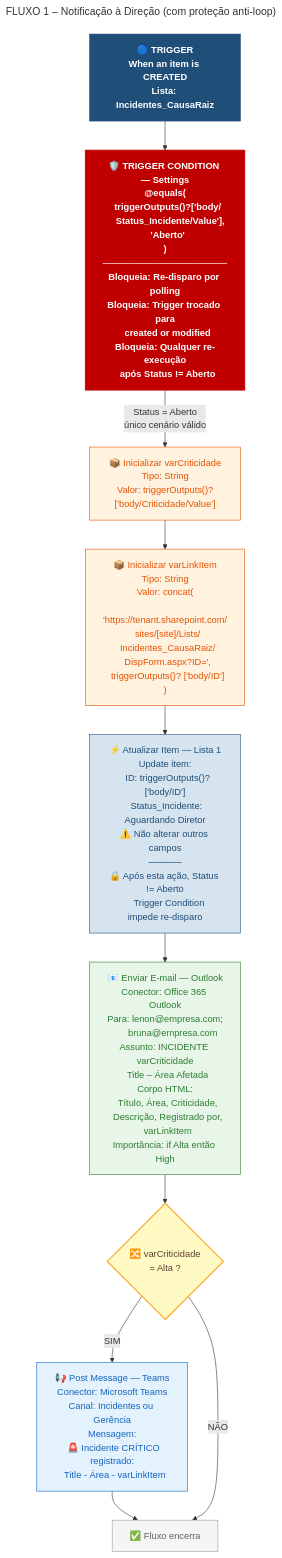
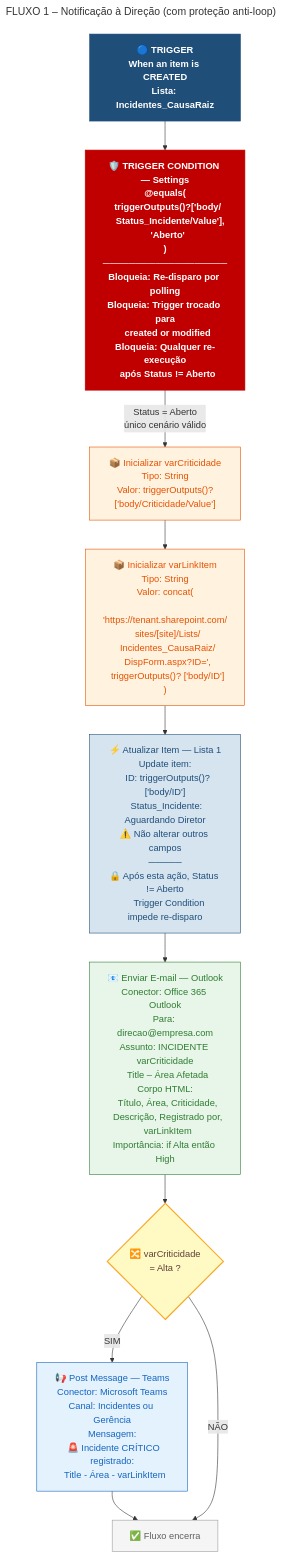
Before and after one commit to LucasMalessa/gestao-incidentes-sharepoint: the diagram in docs/diagramas/fluxo1_notificacao.mermaid, drawn with Mermaid. The commit also changed 7 other files, not shown here.

```diff
--- a/docs/diagramas/fluxo1_notificacao.mermaid
+++ b/docs/diagramas/fluxo1_notificacao.mermaid
@@ -1,36 +1,36 @@
 ---
 title: "FLUXO 1 – Notificação à Direção (com proteção anti-loop)"
 ---
 flowchart TD
     classDef trigger fill:#1F4E79,color:#fff,stroke:#1F4E79,font-weight:bold
     classDef triggerCond fill:#C00000,color:#fff,stroke:#C00000,font-weight:bold
     classDef action fill:#D6E4F0,color:#1F4E79,stroke:#1F4E79
     classDef variable fill:#FFF3E0,color:#E65100,stroke:#E65100
     classDef condition fill:#FFF9C4,color:#5D4037,stroke:#F9A825,stroke-width:2px
     classDef email fill:#E8F5E9,color:#2E7D32,stroke:#2E7D32
     classDef teams fill:#E3F2FD,color:#1565C0,stroke:#1565C0
     classDef endnode fill:#F5F5F5,color:#616161,stroke:#9E9E9E
 
     T["🔵 TRIGGER\nWhen an item is CREATED\nLista: Incidentes_CausaRaiz"]:::trigger
 
     TC["🛡️ TRIGGER CONDITION — Settings\n@equals(\n  triggerOutputs()?['body/\n    Status_Incidente/Value'],\n  'Aberto'\n)\n───────────────────\nBloqueia: Re-disparo por polling\nBloqueia: Trigger trocado para\n  created or modified\nBloqueia: Qualquer re-execução\n  após Status != Aberto"]:::triggerCond
 
     V1["📦 Inicializar varCriticidade\nTipo: String\nValor: triggerOutputs()?['body/Criticidade/Value']"]:::variable
 
     V2["📦 Inicializar varLinkItem\nTipo: String\nValor: concat(\n  'https://tenant.sharepoint.com/\n  sites/[site]/Lists/\n  Incidentes_CausaRaiz/\n  DispForm.aspx?ID=',\n  triggerOutputs()? ['body/ID']\n)"]:::variable
 
     A1["⚡ Atualizar Item — Lista 1\nUpdate item:\n  ID: triggerOutputs()?['body/ID']\n  Status_Incidente: Aguardando Diretor\n⚠️ Não alterar outros campos\n─────\n🔒 Após esta ação, Status != Aberto\n    Trigger Condition impede re-disparo"]:::action
 
-    E1["📧 Enviar E-mail — Outlook\nConector: Office 365 Outlook\nPara: lenon@empresa.com;\n      bruna@empresa.com\nAssunto: INCIDENTE varCriticidade\n  Title – Área Afetada\nCorpo HTML:\n  Título, Área, Criticidade,\n  Descrição, Registrado por,\n  varLinkItem\nImportância: if Alta então High"]:::email
+    E1["📧 Enviar E-mail — Outlook\nConector: Office 365 Outlook\nPara: direcao@empresa.com\nAssunto: INCIDENTE varCriticidade\n  Title – Área Afetada\nCorpo HTML:\n  Título, Área, Criticidade,\n  Descrição, Registrado por,\n  varLinkItem\nImportância: if Alta então High"]:::email
 
     C1{"🔀 varCriticidade\n= Alta ?"}:::condition
 
     TM["📢 Post Message — Teams\nConector: Microsoft Teams\nCanal: Incidentes ou Gerência\nMensagem:\n  🚨 Incidente CRÍTICO registrado:\n  Title - Área - varLinkItem"]:::teams
 
     FIM["✅ Fluxo encerra"]:::endnode
 
     T --> TC
     TC -->|"Status = Aberto\núnico cenário válido"| V1
     V1 --> V2 --> A1 --> E1 --> C1
     C1 -- "SIM" --> TM --> FIM
     C1 -- "NÃO" --> FIM
```
